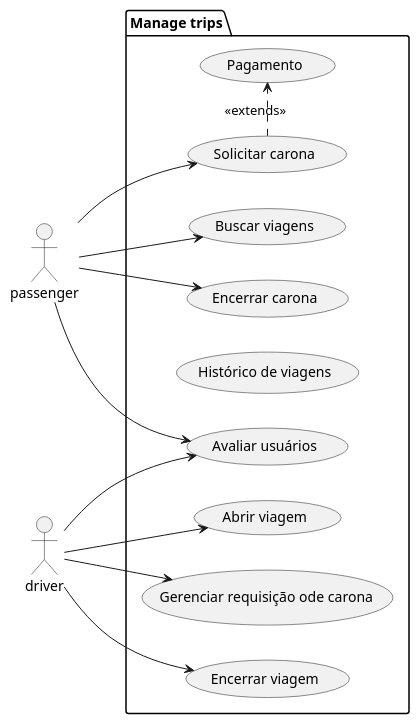
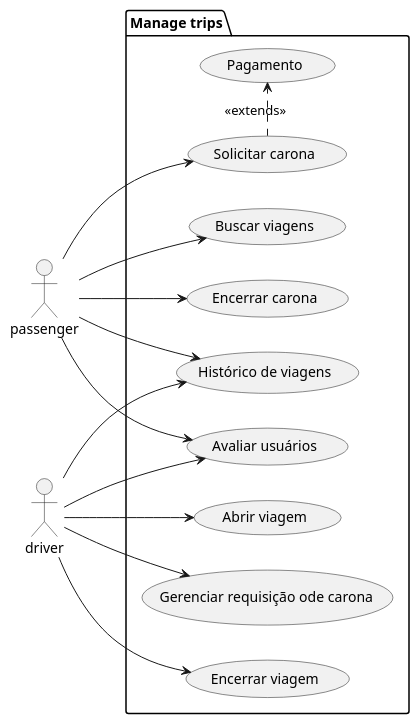
One commit to Vinicius0607/ProjetoES2 changed the diagram in uses_cases_fatecaronas.puml. Above: the diagram before and after it, drawn with PlantUML.

Commit message:
fix: missing link to UC5

```diff
--- a/uses_cases_fatecaronas.puml
+++ b/uses_cases_fatecaronas.puml
@@ -1,32 +1,33 @@
 @startuml Fatecaronas
 left to right direction
 
 ' Actors
 actor passenger as p
 actor driver as d
 
 package "Manage trips" {
     ' Usecases
     usecase "Buscar viagens" as UC1
     usecase "Solicitar carona" as UC2
     usecase "Encerrar carona" as UC3
     usecase "Pagamento" as UC4
     usecase "Histórico de viagens" as UC5
     usecase "Avaliar usuários" as UC6
     usecase "Abrir viagem" as UC7
     usecase "Gerenciar requisição ode carona" as UC8
     usecase "Encerrar viagem" as UC9
 }
 
 ' Relations
 p --> UC1
 p --> UC2
 p --> UC3
 p --> UC6
+p --> UC5
 UC2 .> UC4: <<extends>>
 d --> UC6
 d --> UC7
 d --> UC8
 d --> UC9
-
+d --> UC5
 @enduml
```
